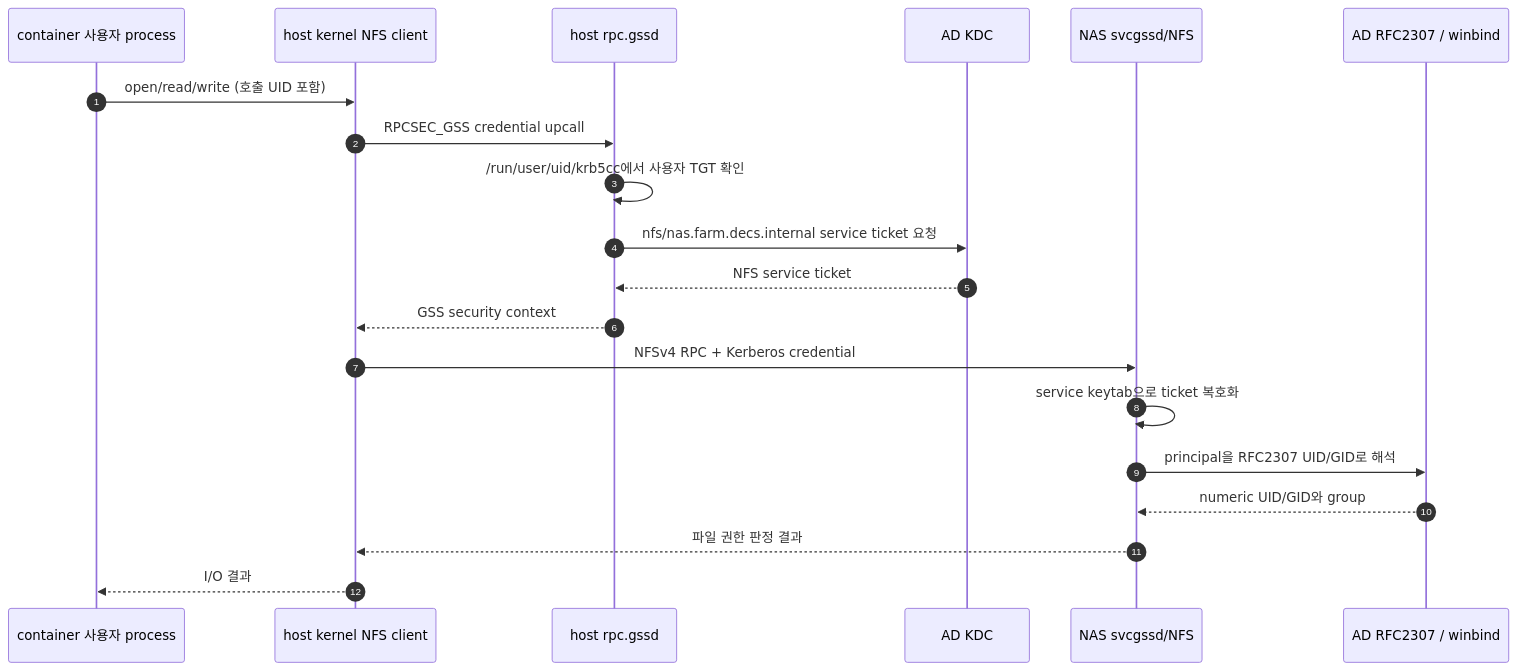
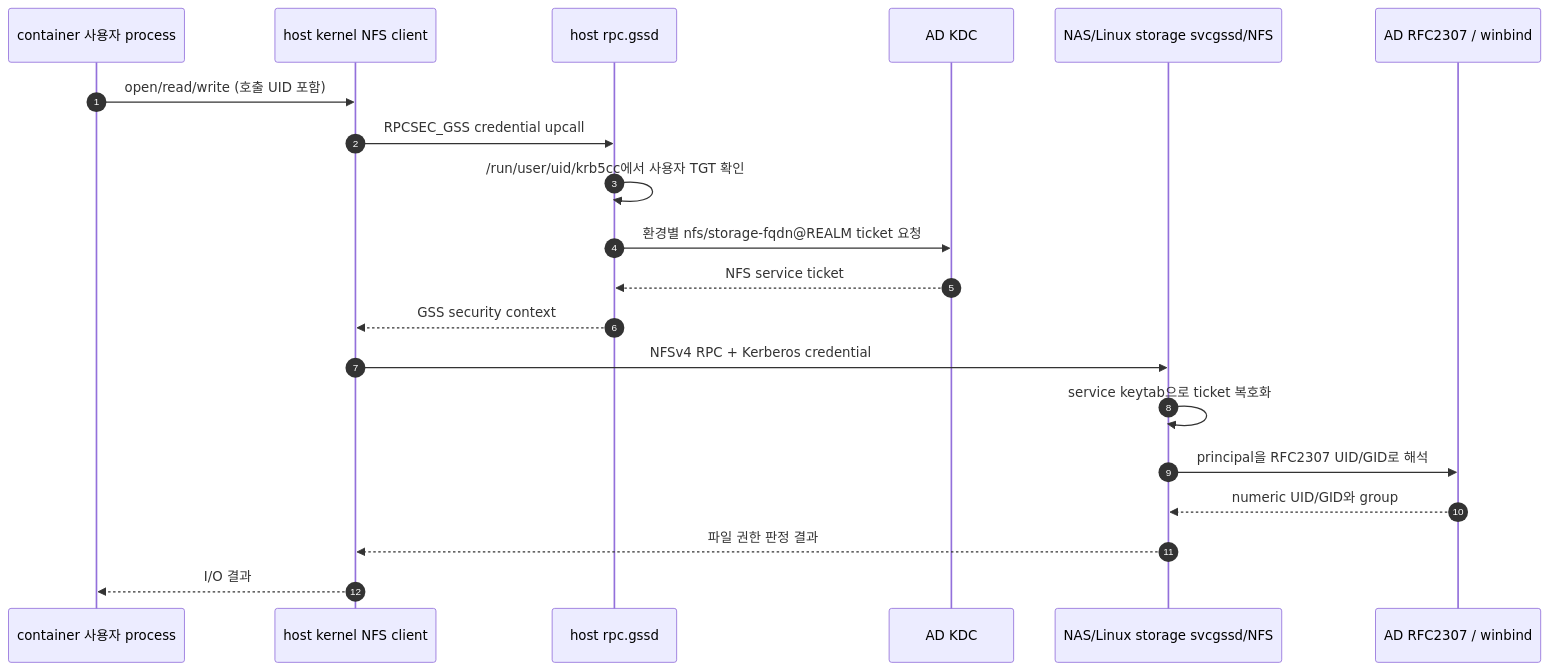
One commit to CSID-DGU/admin_wiki changed the third of 3 diagrams in md/system/kerberos-nfs/design.md. Above: the diagram before and after it, drawn with Mermaid. The commit also changed other lines of this file and 12 other files, not shown here.

Commit message:
docs: document FARM and LAB NFS differences

````diff
--- a/md/system/kerberos-nfs/design.md
+++ b/md/system/kerberos-nfs/design.md
@@ -147,23 +214,23 @@
 ```mermaid
 sequenceDiagram
     autonumber
     participant P as container 사용자 process
     participant K as host kernel NFS client
     participant G as host rpc.gssd
     participant KDC as AD KDC
-    participant S as NAS svcgssd/NFS
+    participant S as NAS/Linux storage svcgssd/NFS
     participant ID as AD RFC2307 / winbind
 
     P->>K: open/read/write (호출 UID 포함)
     K->>G: RPCSEC_GSS credential upcall
     G->>G: /run/user/uid/krb5cc에서 사용자 TGT 확인
-    G->>KDC: nfs/nas.farm.decs.internal service ticket 요청
+    G->>KDC: 환경별 nfs/storage-fqdn@REALM ticket 요청
     KDC-->>G: NFS service ticket
     G-->>K: GSS security context
     K->>S: NFSv4 RPC + Kerberos credential
     S->>S: service keytab으로 ticket 복호화
     S->>ID: principal을 RFC2307 UID/GID로 해석
     ID-->>S: numeric UID/GID와 group
     S-->>K: 파일 권한 판정 결과
     K-->>P: I/O 결과
 ```
````
